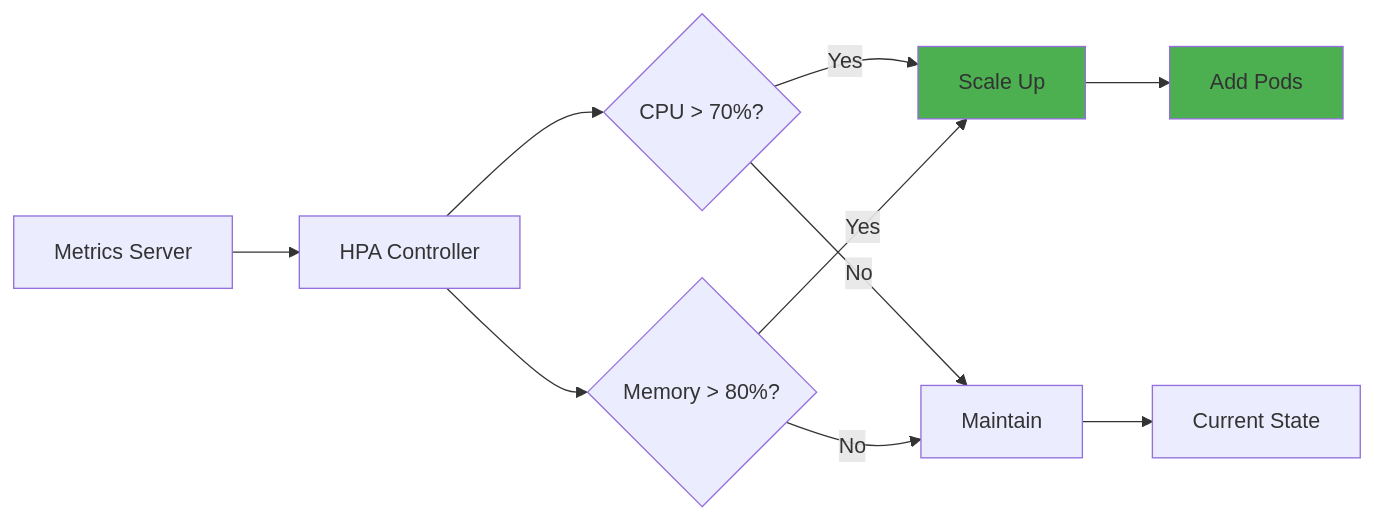
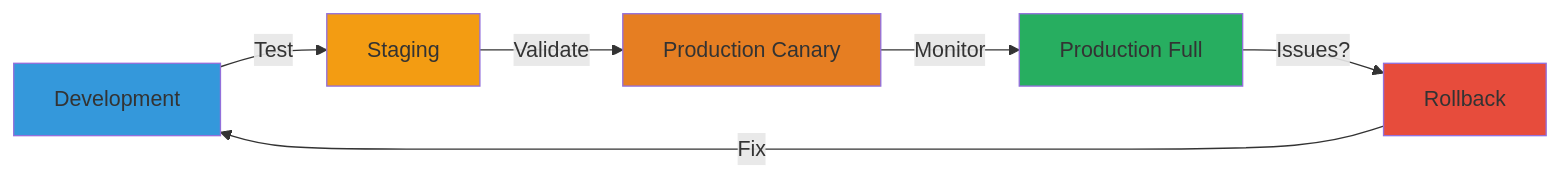
Before and after one commit to Saoudyahya/Flux-gitops-Market-Impact-Analysis-system: diagram 11 of 12 in README.md, drawn with Mermaid. The commit also changed other lines of this file, not shown here.

````diff
--- a/README.md
+++ b/README.md
@@ -452,15 +842,15 @@
 ```mermaid
 graph LR
-    A[Metrics Server] --> B[HPA Controller]
-    B --> C{CPU > 70%?}
-    B --> D{Memory > 80%?}
-    C -->|Yes| E[Scale Up]
-    D -->|Yes| E
-    C -->|No| F[Maintain]
-    D -->|No| F
-    E --> G[Add Pods]
-    F --> H[Current State]
-
-    style E fill:#4CAF50
-    style G fill:#4CAF50
+    A[Development] -->|Test| B[Staging]
+    B -->|Validate| C[Production Canary]
+    C -->|Monitor| D[Production Full]
+    
+    D -->|Issues?| E[Rollback]
+    E -->|Fix| A
+    
+    style A fill:#3498DB
+    style B fill:#F39C12
+    style C fill:#E67E22
+    style D fill:#27AE60
+    style E fill:#E74C3C
 ```
````
